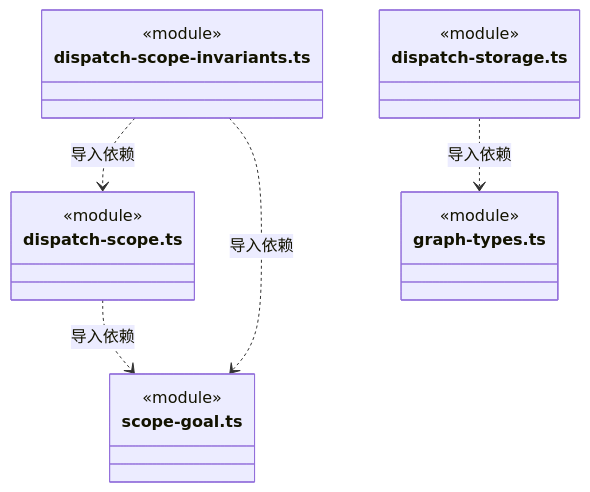
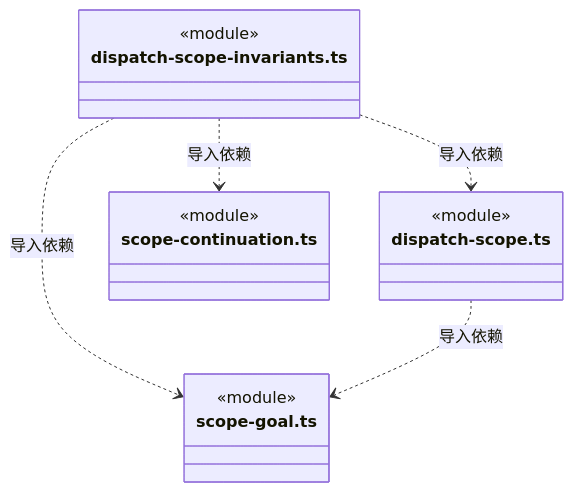
Before and after one commit to nan023062/cbim: diagram 38 of 46 in src/backend/core/tasks/ARCHITECTURE.md, drawn with Mermaid. The commit also changed other lines of this file and 60 other files, not shown here.

````diff
--- a/src/backend/core/tasks/ARCHITECTURE.md
+++ b/src/backend/core/tasks/ARCHITECTURE.md
@@ -936,22 +982,19 @@
 ```mermaid
 classDiagram
 class N_src_backend_core_tasks_dispatch_scope_invariants_ts["dispatch-scope-invariants.ts"] {
   <<module>>
 }
 class N_src_backend_core_tasks_dispatch_scope_ts["dispatch-scope.ts"] {
   <<module>>
 }
 class N_src_backend_core_tasks_scope_goal_ts["scope-goal.ts"] {
   <<module>>
 }
-class N_src_backend_core_tasks_dispatch_storage_ts["dispatch-storage.ts"] {
-  <<module>>
-}
-class N_src_backend_core_tasks_graph_types_ts["graph-types.ts"] {
+class N_src_backend_core_tasks_scope_continuation_ts["scope-continuation.ts"] {
   <<module>>
 }
 N_src_backend_core_tasks_dispatch_scope_invariants_ts ..> N_src_backend_core_tasks_dispatch_scope_ts : 导入依赖
 N_src_backend_core_tasks_dispatch_scope_invariants_ts ..> N_src_backend_core_tasks_scope_goal_ts : 导入依赖
+N_src_backend_core_tasks_dispatch_scope_invariants_ts ..> N_src_backend_core_tasks_scope_continuation_ts : 导入依赖
 N_src_backend_core_tasks_dispatch_scope_ts ..> N_src_backend_core_tasks_scope_goal_ts : 导入依赖
-N_src_backend_core_tasks_dispatch_storage_ts ..> N_src_backend_core_tasks_graph_types_ts : 导入依赖
 ```
````
